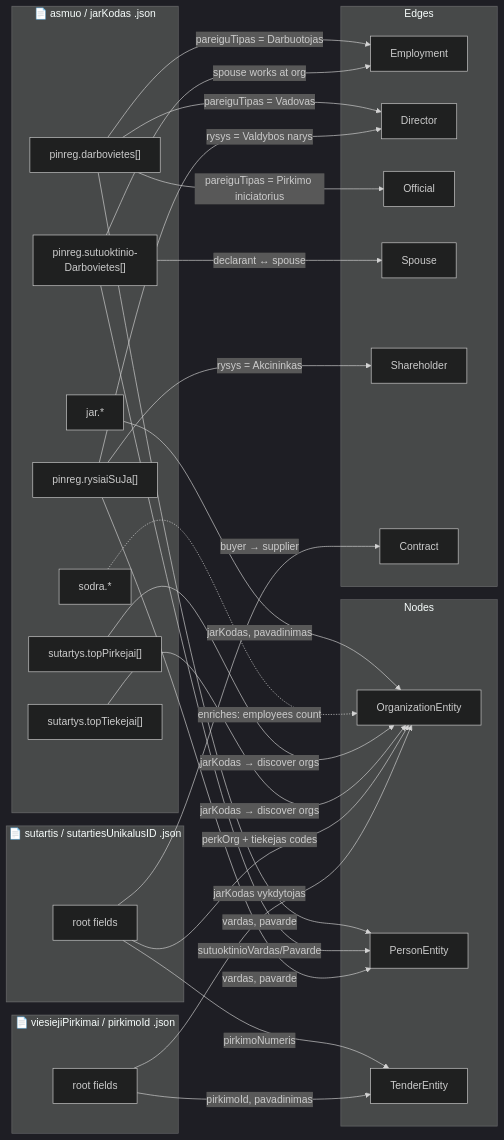
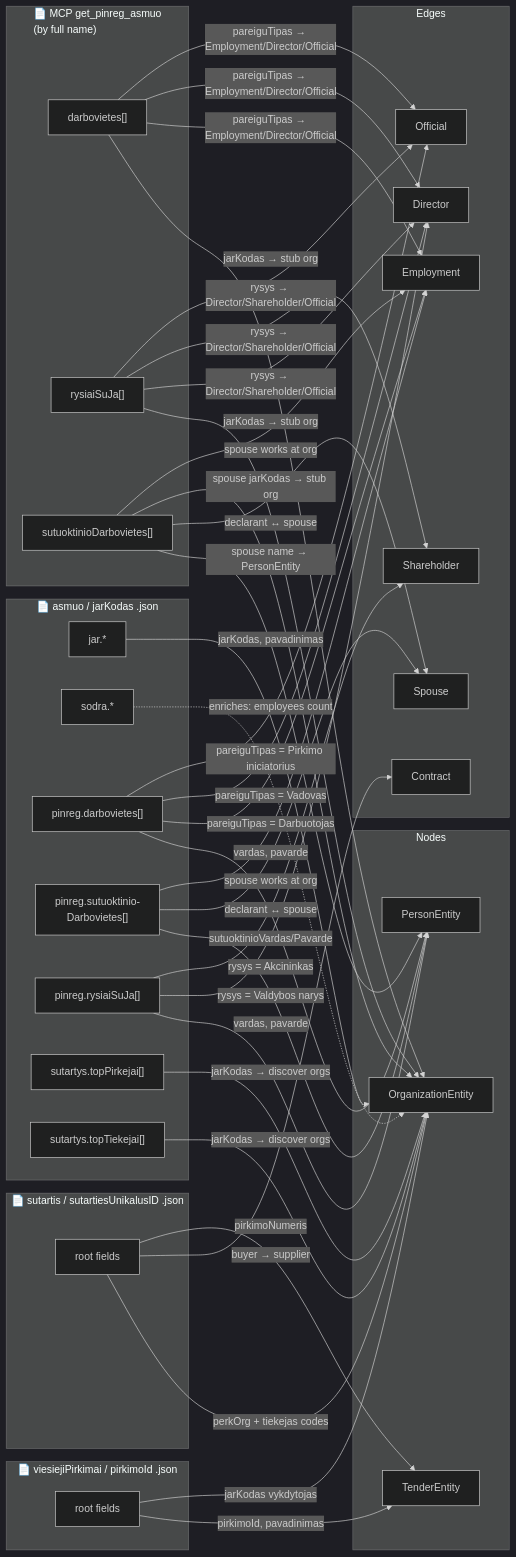
Before and after one commit to rimvydasb/risk-intelligence: the second of 4 diagrams in docs/ARCHITECTURE.md, drawn with Mermaid (dark theme). The commit also changed other lines of this file and 1 other file, not shown here.

Commit message:
add pinreg person enrichment feature; implement MCP data fetching, caching, and parsing for PersonEntity nodes

````diff
--- a/docs/ARCHITECTURE.md
+++ b/docs/ARCHITECTURE.md
@@ -289,55 +310,73 @@
 ```mermaid
 flowchart LR
     subgraph asmuo["📄 asmuo / jarKodas .json"]
         jar["jar.*"]
         sodra["sodra.*"]
         pinD["pinreg.darbovietes[]"]
         pinS["pinreg.sutuoktinio-\nDarbovietes[]"]
         pinR["pinreg.rysiaiSuJa[]"]
         topP["sutartys.topPirkejai[]"]
         topT["sutartys.topTiekejai[]"]
     end
 
     subgraph sutartis["📄 sutartis / sutartiesUnikalusID .json"]
         sRoot["root fields"]
     end
 
     subgraph pirkimas["📄 viesiejiPirkimai / pirkimoId .json"]
         pRoot["root fields"]
+    end
+
+    subgraph pinreg["📄 MCP get_pinreg_asmuo\n(by full name)"]
+        prD["darbovietes[]"]
+        prR["rysiaiSuJa[]"]
+        prS["sutuoktinioDarbovietes[]"]
     end
 
     subgraph nodes["Nodes"]
         Org["OrganizationEntity"]
         Per["PersonEntity"]
         Ten["TenderEntity"]
     end
 
     subgraph edges["Edges"]
         Employment
         Director
         Official
         Spouse
         Shareholder
         Contract
     end
 
     jar -->|" jarKodas, pavadinimas "| Org
     sodra -.->|" enriches: employees count "| Org
     pinD -->|" vardas, pavarde "| Per
     pinD -->|" pareiguTipas = Darbuotojas "| Employment
     pinD -->|" pareiguTipas = Vadovas "| Director
     pinD -->|" pareiguTipas = Pirkimo iniciatorius "| Official
     pinS -->|" sutuoktinioVardas/Pavarde "| Per
     pinS -->|" declarant ↔ spouse "| Spouse
     pinS -->|" spouse works at org "| Employment
     pinR -->|" vardas, pavarde "| Per
     pinR -->|" rysys = Valdybos narys "| Director
     pinR -->|" rysys = Akcininkas "| Shareholder
     topP -->|" jarKodas → discover orgs "| Org
     topT -->|" jarKodas → discover orgs "| Org
     sRoot -->|" perkOrg + tiekejas codes "| Org
     sRoot -->|" buyer → supplier "| Contract
     sRoot -->|" pirkimoNumeris "| Ten
     pRoot -->|" pirkimoId, pavadinimas "| Ten
     pRoot -->|" jarKodas vykdytojas "| Org
+    prD -->|" jarKodas → stub org "| Org
+    prD -->|" pareiguTipas → Employment/Director/Official "| Employment
+    prD -->|" pareiguTipas → Employment/Director/Official "| Director
+    prD -->|" pareiguTipas → Employment/Director/Official "| Official
+    prR -->|" jarKodas → stub org "| Org
+    prR -->|" rysys → Director/Shareholder/Official "| Director
+    prR -->|" rysys → Director/Shareholder/Official "| Shareholder
+    prR -->|" rysys → Director/Shareholder/Official "| Official
+    prS -->|" spouse name → PersonEntity "| Per
+    prS -->|" declarant ↔ spouse "| Spouse
+    prS -->|" spouse jarKodas → stub org "| Org
+    prS -->|" spouse works at org "| Employment
 ```
````
